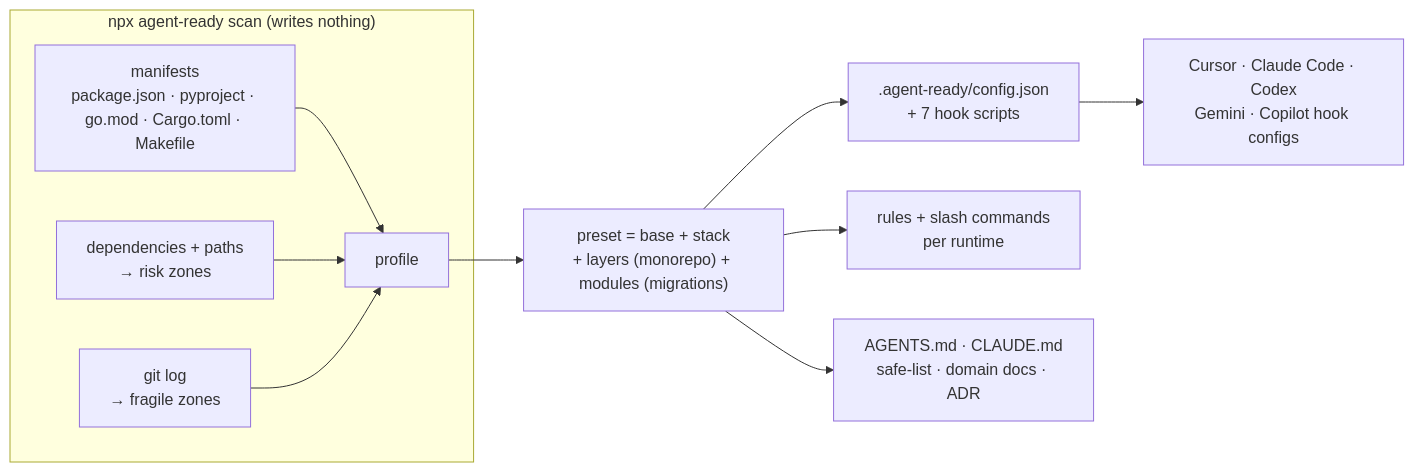
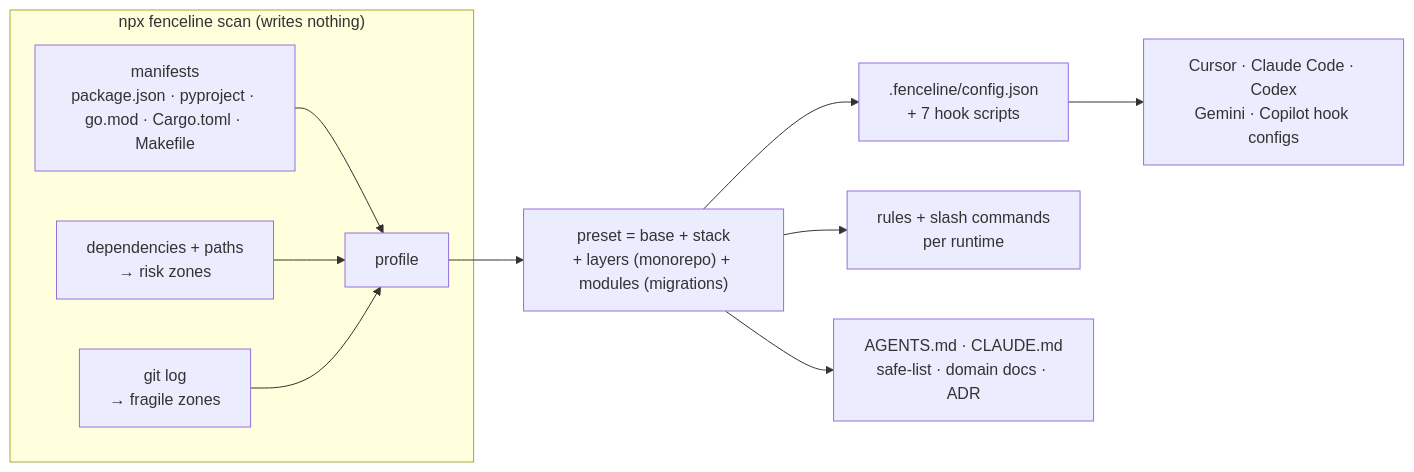
Before and after one commit to g0007b1/fenceline: the diagram in README.md, drawn with Mermaid. The commit also changed other lines of this file and 61 other files, not shown here.

````diff
--- a/README.md
+++ b/README.md
@@ -103,13 +103,13 @@
 ```mermaid
 flowchart LR
-  subgraph scan["npx agent-ready scan  (writes nothing)"]
+  subgraph scan["npx fenceline scan  (writes nothing)"]
     A[manifests<br/>package.json · pyproject · go.mod · Cargo.toml · Makefile] --> P[profile]
     B[dependencies + paths<br/>→ risk zones] --> P
     C[git log<br/>→ fragile zones] --> P
   end
   P --> Pr["preset = base + stack<br/>+ layers (monorepo) + modules (migrations)"]
-  Pr --> H[".agent-ready/config.json<br/>+ 7 hook scripts"]
+  Pr --> H[".fenceline/config.json<br/>+ 7 hook scripts"]
   Pr --> R[rules + slash commands<br/>per runtime]
   Pr --> Docs[AGENTS.md · CLAUDE.md<br/>safe-list · domain docs · ADR]
   H --> RT[Cursor · Claude Code · Codex<br/>Gemini · Copilot hook configs]
 ```
````
